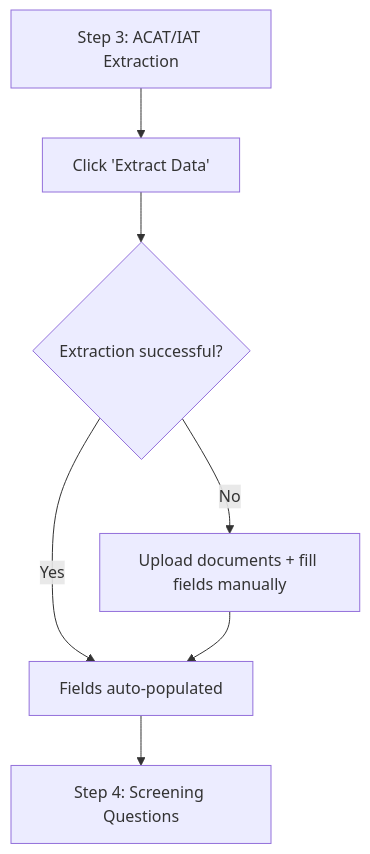
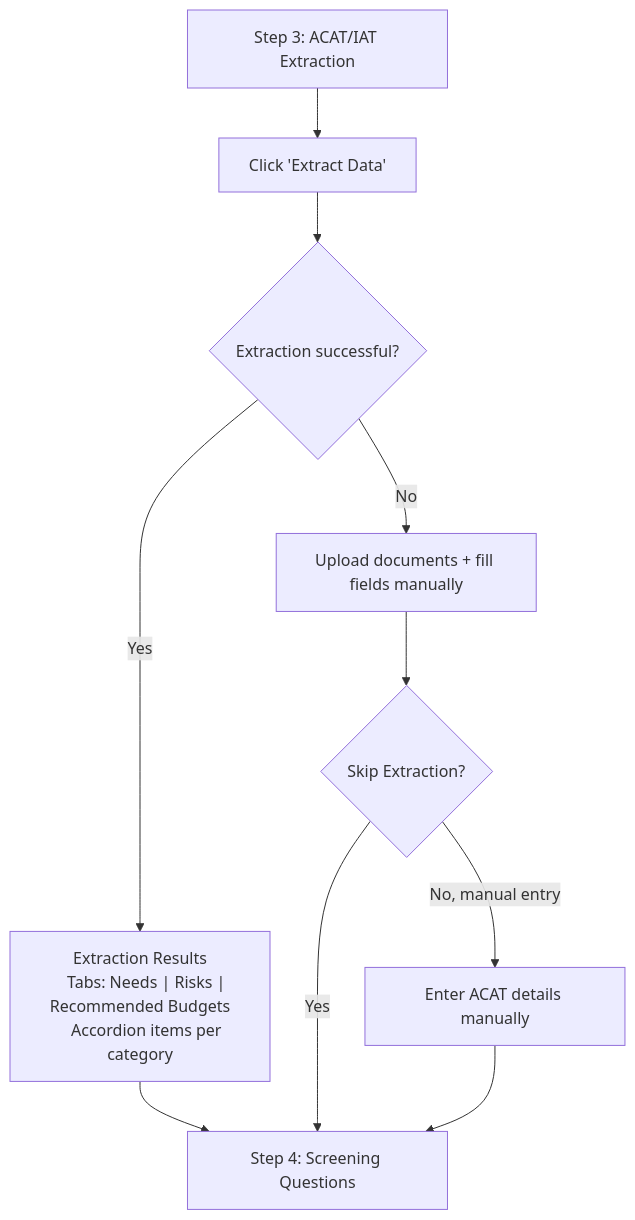
The first of 5 diagrams in content/initiatives/Consumer-Lifecycle/Lead-To-HCA/spec.md (willwhitelaw94/SDD), drawn with Mermaid before and after one commit. The commit also changed other lines of this file and 1 other file, not shown here.

````diff
--- a/content/initiatives/Consumer-Lifecycle/Lead-To-HCA/spec.md
+++ b/content/initiatives/Consumer-Lifecycle/Lead-To-HCA/spec.md
@@ -126,9 +134,14 @@
 ```mermaid
 flowchart TD
     S3[Step 3: ACAT/IAT Extraction] --> Extract[Click 'Extract Data']
     Extract --> Success{Extraction successful?}
-    Success -->|Yes| Populated[Fields auto-populated]
+    Success -->|Yes| Results["Extraction Results
+    Tabs: Needs | Risks | Recommended Budgets
+    Accordion items per category"]
     Success -->|No| Fallback[Upload documents + fill fields manually]
-    Fallback --> Populated
-    Populated --> S4[Step 4: Screening Questions]
+    Results --> S4[Step 4: Screening Questions]
+    Fallback --> Skip{Skip Extraction?}
+    Skip -->|Yes| S4
+    Skip -->|No, manual entry| ManualFields[Enter ACAT details manually]
+    ManualFields --> S4
 ```
````
